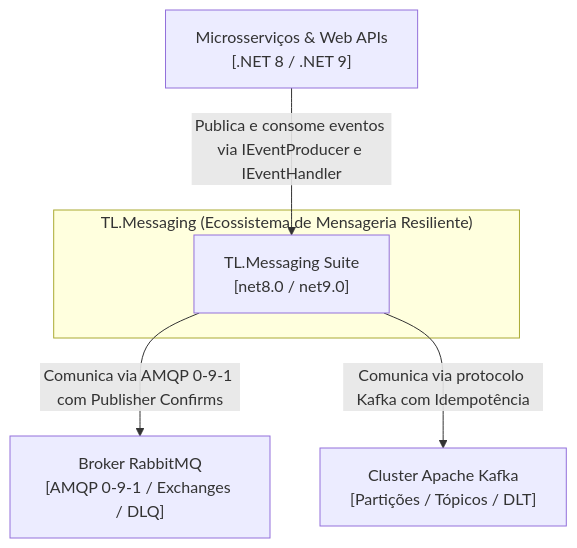
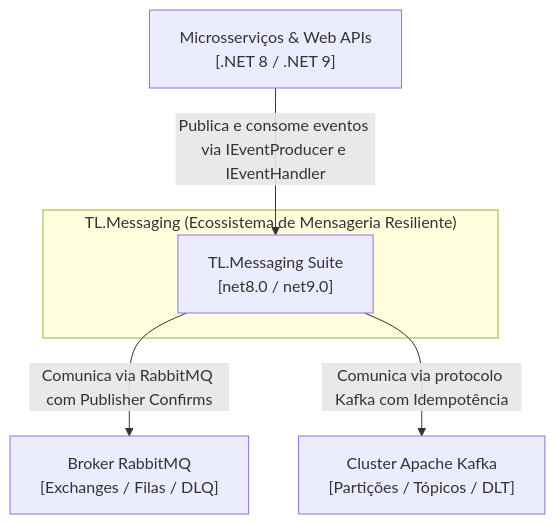
The first of 2 diagrams in docs/arquitetura/visao-geral.md (thaylonlopes/Messaging), drawn with Mermaid before and after one commit. The commit also changed other lines of this file and 9 other files, not shown here.

Commit message:
docs(architecture): revisar adr atualizar guia de brokers

````diff
--- a/docs/arquitetura/visao-geral.md
+++ b/docs/arquitetura/visao-geral.md
@@ -21,14 +21,14 @@
 ```mermaid
 graph TD
     Client["Microsserviços & Web APIs<br/>[.NET 8 / .NET 9]"]
-    RabbitBroker["Broker RabbitMQ<br/>[AMQP 0-9-1 / Exchanges / DLQ]"]
+    RabbitBroker["Broker RabbitMQ<br/>[Exchanges / Filas / DLQ]"]
     KafkaBroker["Cluster Apache Kafka<br/>[Partições / Tópicos / DLT]"]
 
     subgraph MessagingSystem ["TL.Messaging (Ecossistema de Mensageria Resiliente)"]
         TM["TL.Messaging Suite<br/>[net8.0 / net9.0]"]
     end
 
     Client -->|"Publica e consome eventos via IEventProducer e IEventHandler"| TM
-    TM -->|"Comunica via AMQP 0-9-1 com Publisher Confirms"| RabbitBroker
+    TM -->|"Comunica via RabbitMQ com Publisher Confirms"| RabbitBroker
     TM -->|"Comunica via protocolo Kafka com Idempotência"| KafkaBroker
 ```
````
